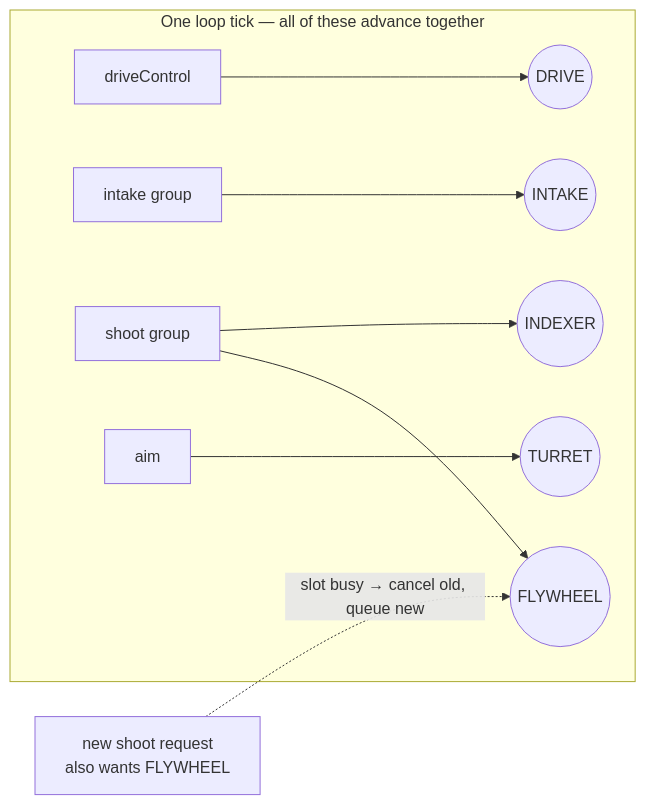
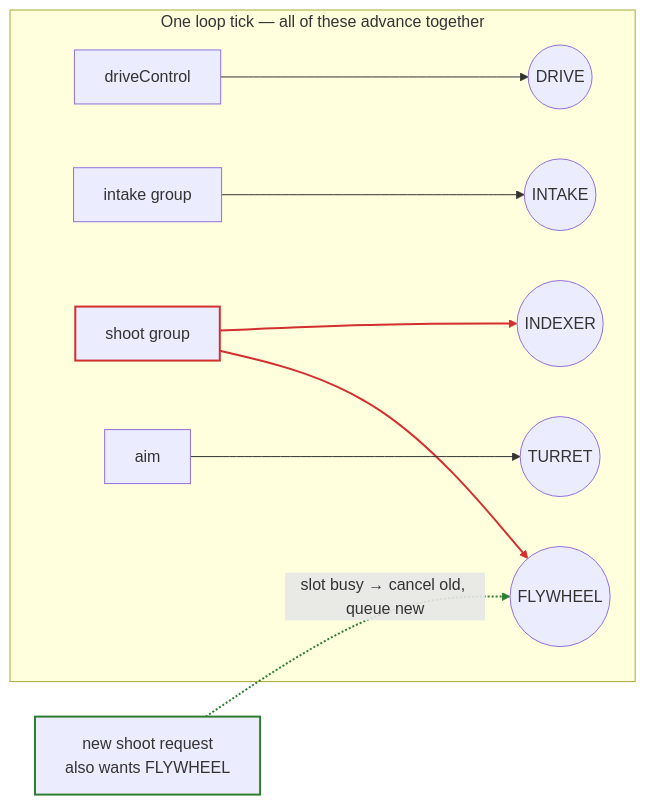
One commit to cstahie/defined changed the fourth of 11 diagrams in README.md. Above: the diagram before and after it, drawn with Mermaid. The commit also changed other lines of this file and 6 other files, not shown here.

````diff
--- a/README.md
+++ b/README.md
@@ -104,11 +110,18 @@
 ```mermaid
 flowchart LR
     subgraph tick["One loop tick — all of these advance together"]
         d["driveControl"] --> DRIVE(("DRIVE"))
         i["intake group"] --> INTAKE(("INTAKE"))
         s["shoot group"] --> FLY(("FLYWHEEL"))
         s --> IDX(("INDEXER"))
         a["aim"] --> TUR(("TURRET"))
     end
     req["new shoot request<br/>also wants FLYWHEEL"] -.->|"slot busy → cancel old, queue new"| FLY
+
+    %% The incumbent shoot group (red) is the loser; the incoming request (green) wins.
+    style s stroke:#d32f2f,stroke-width:2px
+    style req stroke:#2e7d32,stroke-width:2px
+    %% Link order: 0 drive, 1 intake, 2 shoot→FLYWHEEL, 3 shoot→INDEXER, 4 aim, 5 request
+    linkStyle 2,3 stroke:#d32f2f,stroke-width:2px
+    linkStyle 5 stroke:#2e7d32,stroke-width:2px
 ```
````
